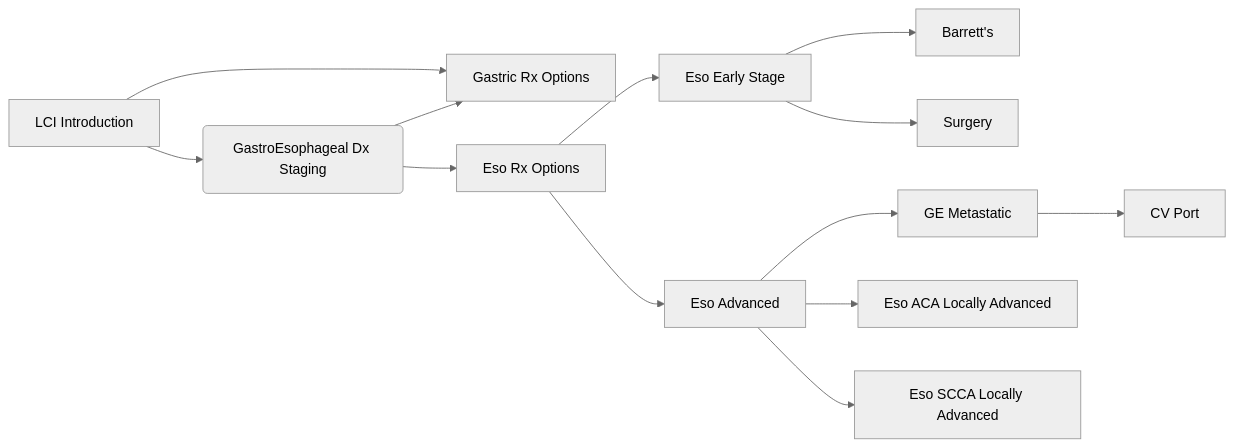
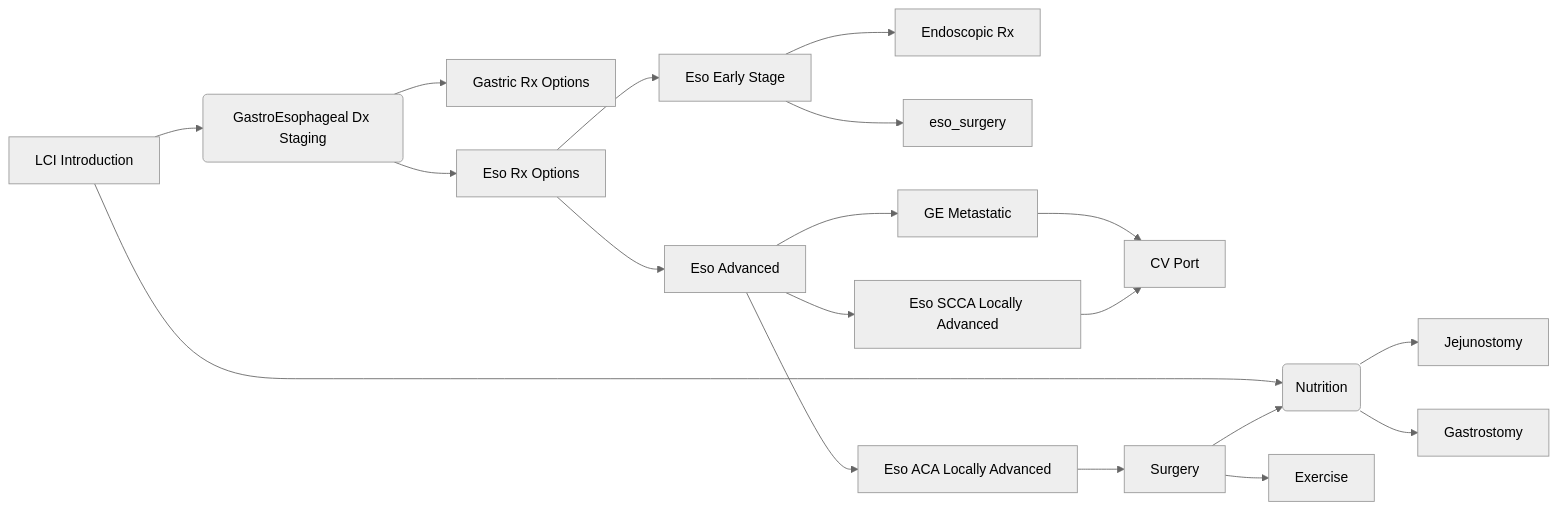
One commit to jcsalo/patient_education changed the diagram in patient_education_plan.qmd. Above: the diagram before and after it, drawn with Mermaid (neutral theme). The commit also changed 10 other files, not shown here.

````diff
--- a/patient_education_plan.qmd
+++ b/patient_education_plan.qmd
@@ -9,27 +9,50 @@
 ```{mermaid}
-
 flowchart LR
 A[LCI Introduction] -->B(GastroEsophageal Dx Staging)
-A-->C(Nutrition)
+A-->nutrition(Nutrition)
 
 B--> C[Gastric Rx Options]
 B--> D[Eso Rx Options]
 
 D-->E[Eso Early Stage]
 D-->F[Eso Advanced]
 
-E-->G[Barrett's]
-E-->H[Surgery]
+E-->G[Endoscopic Rx]
+E-->eso_surgery[eso_surgery]
 
 F-->I[GE Metastatic]
 F-->J[Eso ACA Locally Advanced]
 F-->K[Eso SCCA Locally Advanced]
 
+nutrition--> jejunostomy[Jejunostomy]
+nutrition--> gastrostomy[Gastrostomy]
+
 I-->L[CV Port]
 
+K-->L
+
+J -->surgery[Surgery]
+
+exercise[Exercise]
+
+surgery-->nutrition
+surgery-->exercise
+
 click A "lci_intro.html"
-click B "eso_dx_staging.html"
-click F "barretts.html"
+click B "ge_dx_staging.html"
+click C "gastric_rx_options.html"
+click D "eso_rx_options.html"
+click E "eso_advanced.html"
+click F "eso_advanced.html"
+click G "endoscopic_rx.html"
+click eso_surgery "eso_surgery.html"
+click I "ge_metastatic.html"
+click J "eso_aca_locally_advanced.html"
+click K "eso_scca_locally_advanced.html"
+click L "cv_port.html"
+click nutrition "nutrition.html"
+click jejunostomy "jejunostomy.html"
+click gastrostomy "gastrostomy.html"
 
 
 ```
````
